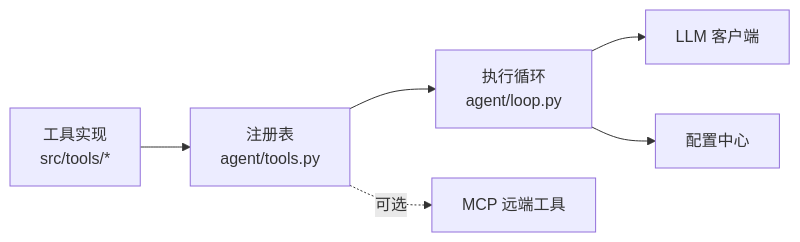
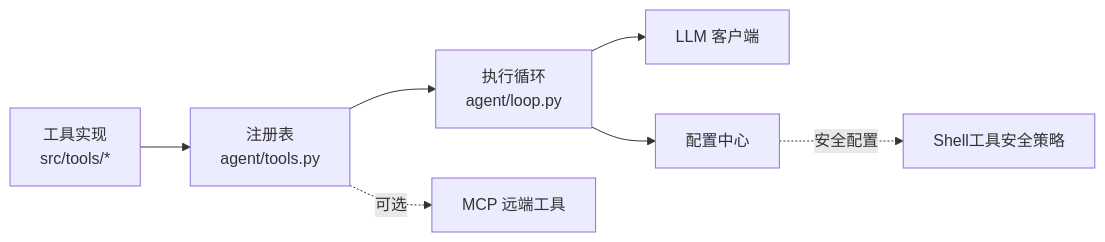
Before and after one commit to 20012002er/Vibe-Trading: the sixth of 6 diagrams in .qoder/repowiki/zh/content/架构设计/核心组件/工具注册系统/工具注册系统.md, drawn with Mermaid. The commit also changed other lines of this file and 6 other files, not shown here.

````diff
--- a/.qoder/repowiki/zh/content/架构设计/核心组件/工具注册系统/工具注册系统.md
+++ b/.qoder/repowiki/zh/content/架构设计/核心组件/工具注册系统/工具注册系统.md
@@ -284,8 +314,9 @@
 ```mermaid
 graph LR
 Tools["工具实现<br/>src/tools/*"] --> Registry["注册表<br/>agent/tools.py"]
 Registry --> Loop["执行循环<br/>agent/loop.py"]
 Loop --> LLM["LLM 客户端"]
 Loop --> Config["配置中心"]
 Registry -.可选.-> MCP["MCP 远端工具"]
+Config -.安全配置.-> Security["Shell工具安全策略"]
 ```
````
